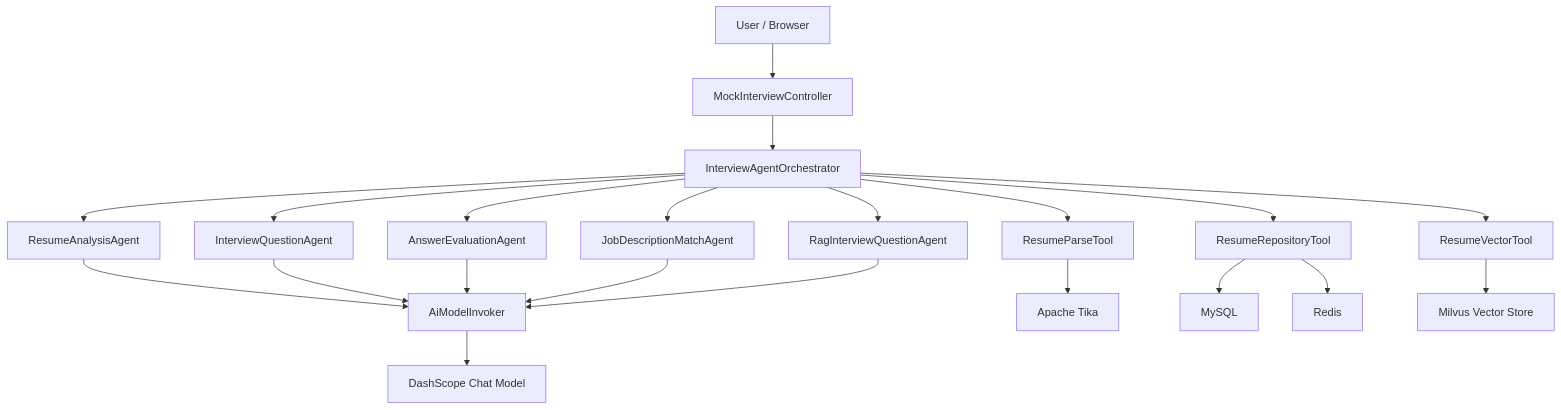
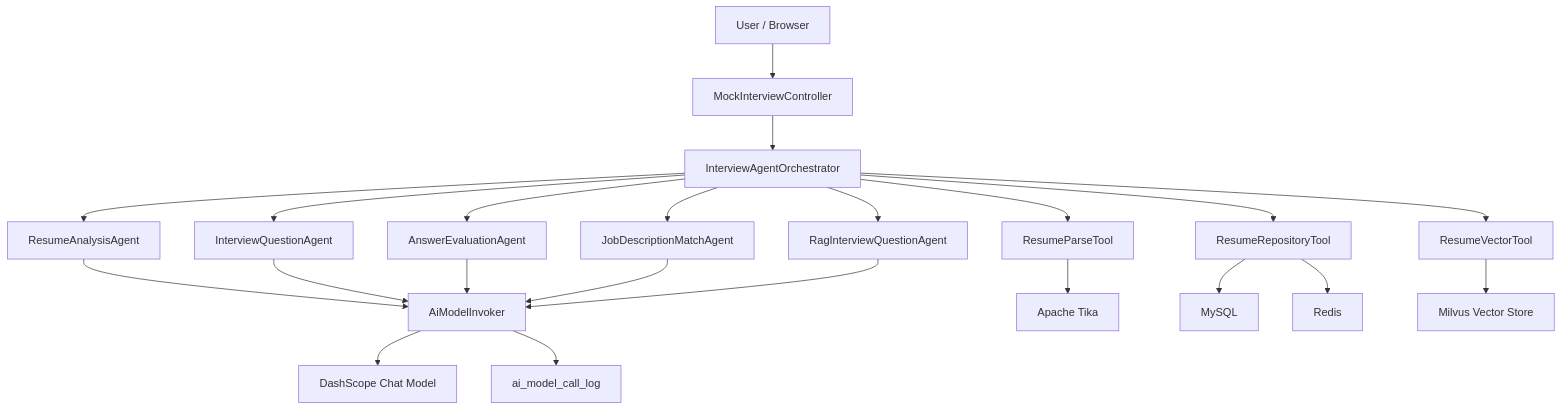
The diagram in docs/architecture.md (xiekunhuang2020/ai-interview-agent), drawn with Mermaid before and after one commit. The commit also changed other lines of this file and 12 other files, not shown here.

````diff
--- a/docs/architecture.md
+++ b/docs/architecture.md
@@ -9,26 +9,27 @@
 ```mermaid
 flowchart TD
     U["User / Browser"] --> C["MockInterviewController"]
     C --> O["InterviewAgentOrchestrator"]
 
     O --> T1["ResumeParseTool"]
     O --> A1["ResumeAnalysisAgent"]
     O --> T2["ResumeRepositoryTool"]
     O --> T3["ResumeVectorTool"]
     O --> A2["InterviewQuestionAgent"]
     O --> A3["AnswerEvaluationAgent"]
     O --> A4["JobDescriptionMatchAgent"]
     O --> A5["RagInterviewQuestionAgent"]
 
     A1 --> INV["AiModelInvoker"]
     A2 --> INV
     A3 --> INV
     A4 --> INV
     A5 --> INV
     INV --> LLM["DashScope Chat Model"]
+    INV --> AUDIT["ai_model_call_log"]
 
     T1 --> Tika["Apache Tika"]
     T2 --> MySQL["MySQL"]
     T2 --> Redis["Redis"]
     T3 --> Milvus["Milvus Vector Store"]
 ```
````
